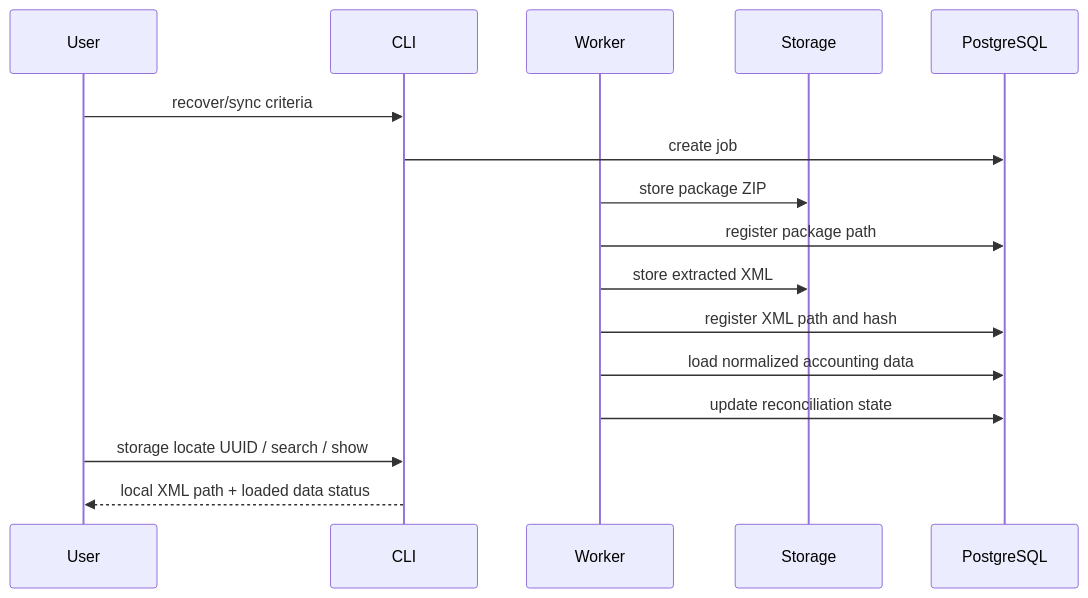
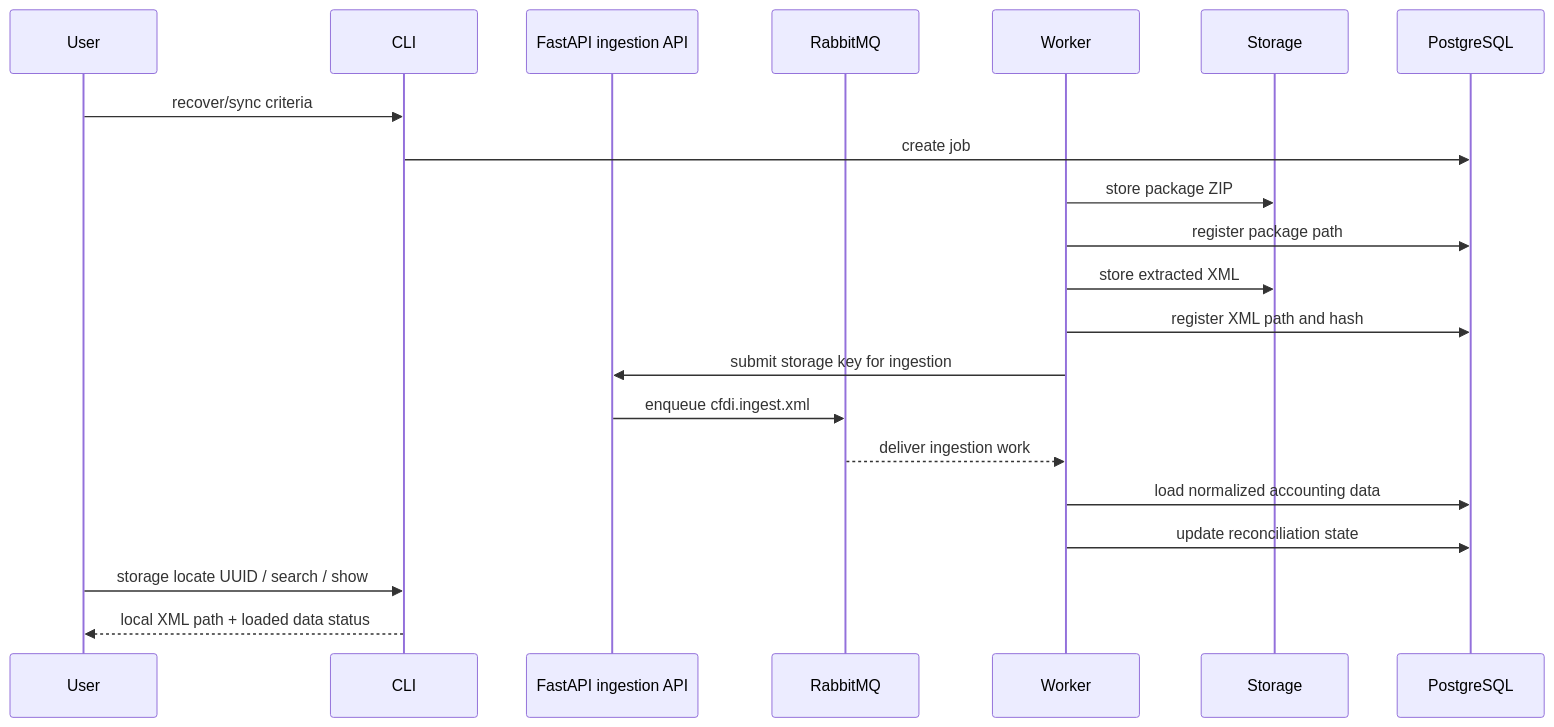
One commit to Crls8a/cfdi-vault-mx changed the third of 4 diagrams in docs/foundation/flows-and-states.md. Above: the diagram before and after it, drawn with Mermaid. The commit also changed other lines of this file and 27 other files, not shown here.

Commit message:
docs(architecture): document postgres queue api contract

````diff
--- a/docs/foundation/flows-and-states.md
+++ b/docs/foundation/flows-and-states.md
@@ -58,19 +60,24 @@
 ```mermaid
 sequenceDiagram
     participant User
     participant CLI
+    participant API as FastAPI ingestion API
+    participant MQ as RabbitMQ
     participant Worker
     participant Storage
     participant DB as PostgreSQL
 
     User->>CLI: recover/sync criteria
     CLI->>DB: create job
     Worker->>Storage: store package ZIP
     Worker->>DB: register package path
     Worker->>Storage: store extracted XML
     Worker->>DB: register XML path and hash
+    Worker->>API: submit storage key for ingestion
+    API->>MQ: enqueue cfdi.ingest.xml
+    MQ-->>Worker: deliver ingestion work
     Worker->>DB: load normalized accounting data
     Worker->>DB: update reconciliation state
     User->>CLI: storage locate UUID / search / show
     CLI-->>User: local XML path + loaded data status
 ```
````
